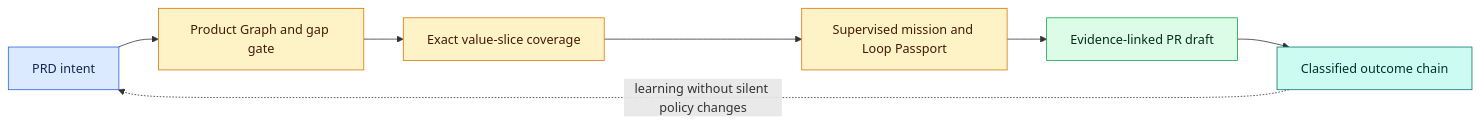
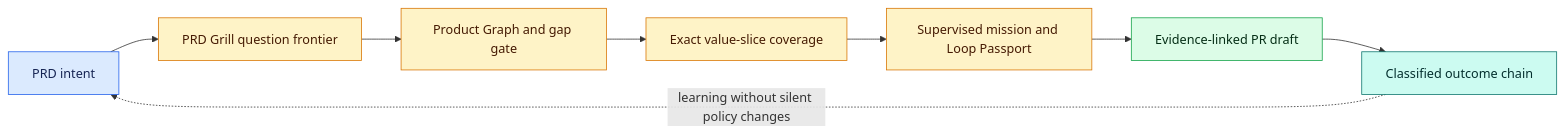
One commit to zrk222/code-factory changed the diagram in docs/PRODUCT_MISSIONS.md. Above: the diagram before and after it, drawn with Mermaid. The commit also changed other lines of this file and 46 other files, not shown here.

Commit message:
feat: add source-bound PRD Grill

````diff
--- a/docs/PRODUCT_MISSIONS.md
+++ b/docs/PRODUCT_MISSIONS.md
@@ -144,17 +165,18 @@
 ```mermaid
 flowchart LR
-    A["PRD intent"] --> B["Product Graph and gap gate"]
-    B --> C["Exact value-slice coverage"]
-    C --> D["Supervised mission and Loop Passport"]
-    D --> E["Evidence-linked PR draft"]
-    E --> F["Classified outcome chain"]
-    F -. "learning without silent policy changes" .-> A
+    A["PRD intent"] --> B["PRD Grill question frontier"]
+    B --> C["Product Graph and gap gate"]
+    C --> D["Exact value-slice coverage"]
+    D --> E["Supervised mission and Loop Passport"]
+    E --> F["Evidence-linked PR draft"]
+    F --> G["Classified outcome chain"]
+    G -. "learning without silent policy changes" .-> A
     classDef input fill:#dbeafe,stroke:#2563eb,color:#172554
     classDef plan fill:#fef3c7,stroke:#d97706,color:#451a03
     classDef proof fill:#dcfce7,stroke:#16a34a,color:#052e16
     classDef outcome fill:#ccfbf1,stroke:#0f766e,color:#042f2e
     class A input
-    class B,C,D plan
-    class E proof
-    class F outcome
+    class B,C,D,E plan
+    class F proof
+    class G outcome
 ```
````
